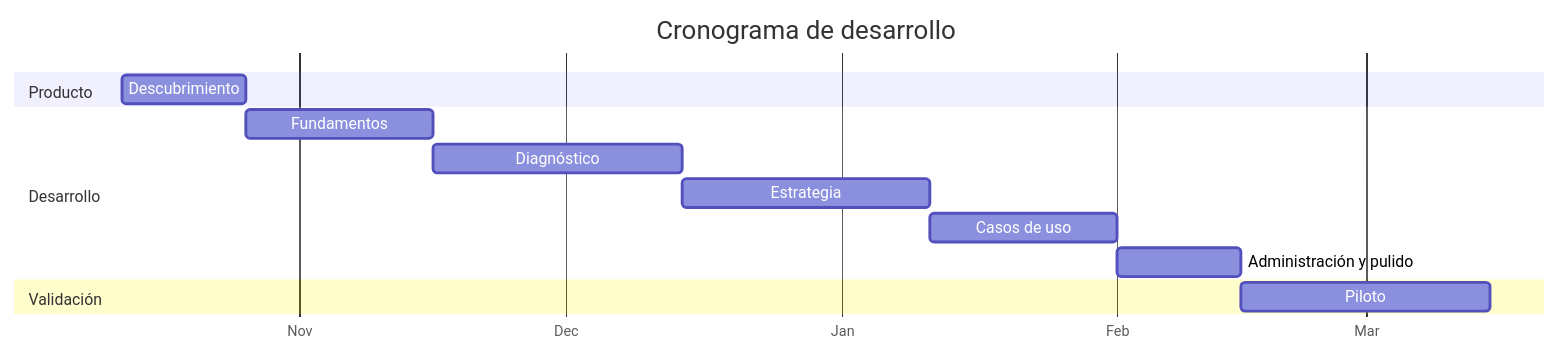
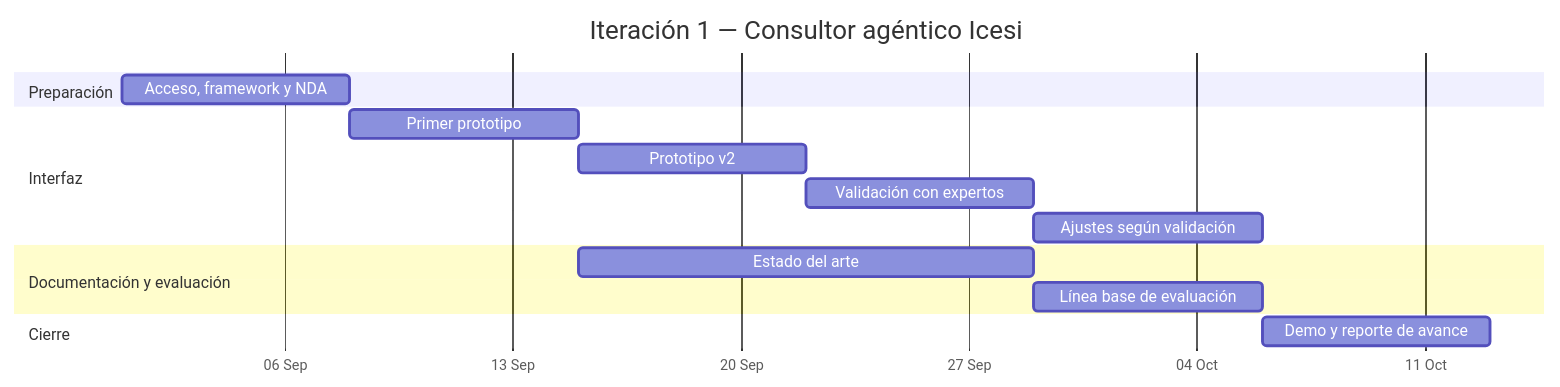
One commit to armandoordonez/agenteconsultor changed the third of 3 diagrams in proyecto/plan.md. Above: the diagram before and after it, drawn with Mermaid. The commit also changed other lines of this file, not shown here.

Commit message:
Agrega plan de desarrollo de la plataforma de adopción de IA 2

````diff
--- a/proyecto/plan.md
+++ b/proyecto/plan.md
@@ -450,16 +491,18 @@
 ```mermaid
 gantt
-    title Cronograma de desarrollo
+    title Iteración 1 — Consultor agéntico Icesi
     dateFormat  YYYY-MM-DD
-    axisFormat  %b
-    section Producto
-    Descubrimiento           :f0, 2026-10-12, 14d
-    section Desarrollo
-    Fundamentos              :f1, after f0, 21d
-    Diagnóstico              :f2, after f1, 28d
-    Estrategia               :f3, after f2, 28d
-    Casos de uso             :f4, after f3, 21d
-    Administración y pulido  :f5, after f4, 14d
-    section Validación
-    Piloto                   :f6, after f5, 28d
+    axisFormat  %d %b
+    section Preparación
+    Acceso, framework y NDA            :s1, 2026-09-01, 7d
+    section Interfaz
+    Primer prototipo                   :s2, 2026-09-08, 7d
+    Prototipo v2                       :s3, 2026-09-15, 7d
+    Validación con expertos            :s4, 2026-09-22, 7d
+    Ajustes según validación           :s5, 2026-09-29, 7d
+    section Documentación y evaluación
+    Estado del arte                    :d1, 2026-09-15, 14d
+    Línea base de evaluación           :d2, 2026-09-29, 7d
+    section Cierre
+    Demo y reporte de avance           :s6, 2026-10-06, 7d
 ```
````
